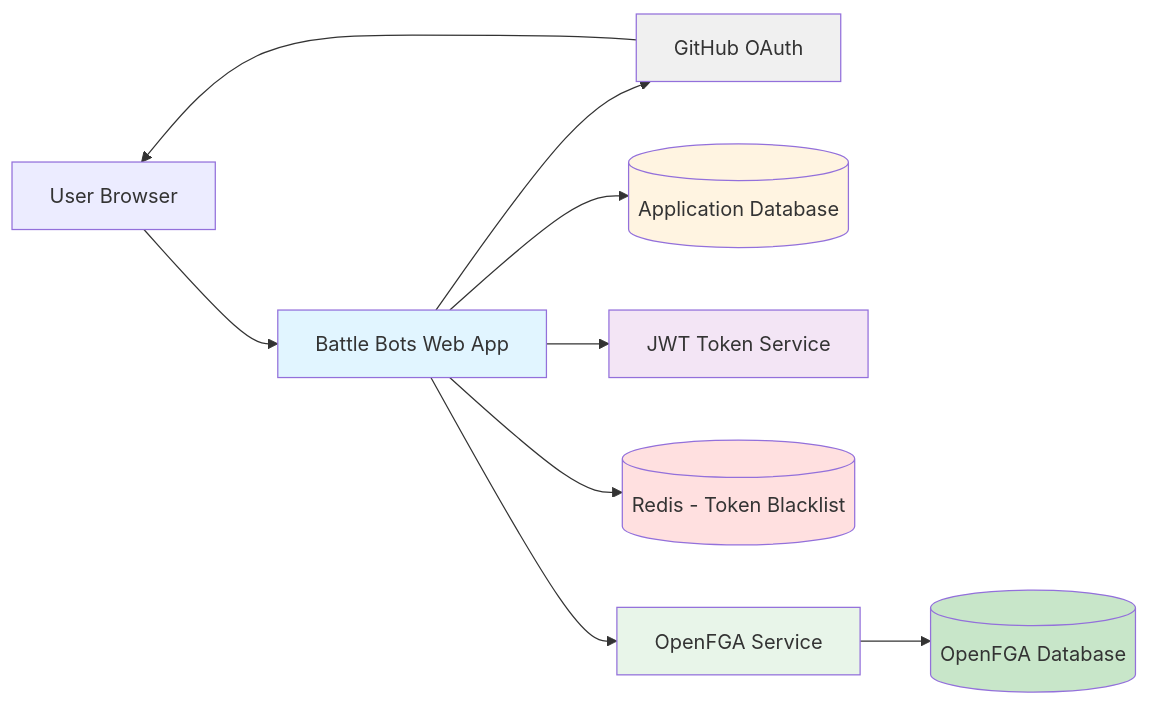
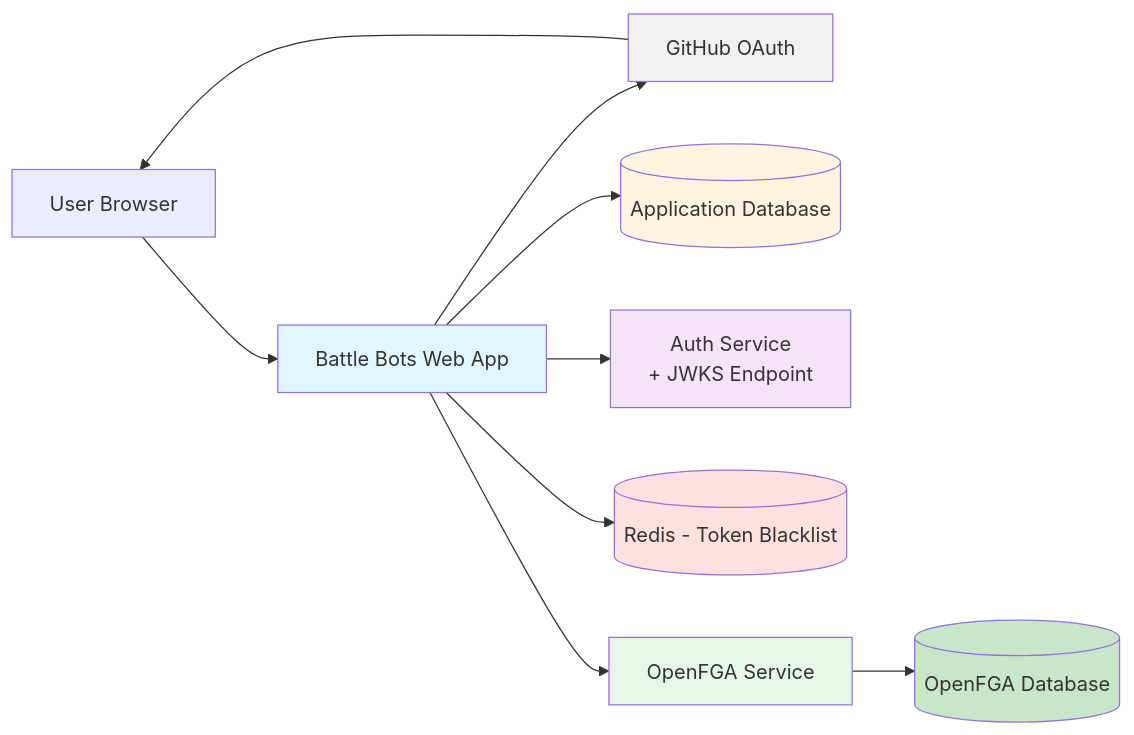
Before and after one commit to z5labs/battlebots: the first of 12 diagrams in docs/content/r&d/adrs/0002-user-registration-via-github-oauth.md, drawn with Mermaid. The commit also changed other lines of this file, not shown here.

Commit message:
docs(issue-132): use jwks

````diff
--- a/docs/content/r&d/adrs/0002-user-registration-via-github-oauth.md
+++ b/docs/content/r&d/adrs/0002-user-registration-via-github-oauth.md
@@ -116,19 +116,19 @@
 ```mermaid
 graph LR
     User[User Browser] --> WebApp[Battle Bots Web App]
     WebApp --> GitHub[GitHub OAuth]
     WebApp --> DB[(Application Database)]
-    WebApp --> JWT[JWT Token Service]
+    WebApp --> AuthSvc[Auth Service<br/>+ JWKS Endpoint]
     WebApp --> Redis[(Redis - Token Blacklist)]
     WebApp --> AuthZ[OpenFGA Service]
     AuthZ --> FGA_DB[(OpenFGA Database)]
     GitHub --> User
 
     style WebApp fill:#e1f5ff
     style GitHub fill:#f0f0f0
     style DB fill:#fff4e1
-    style JWT fill:#f3e5f5
+    style AuthSvc fill:#f3e5f5
     style Redis fill:#ffe0e0
     style AuthZ fill:#e8f5e9
     style FGA_DB fill:#c8e6c9
 ```
````
